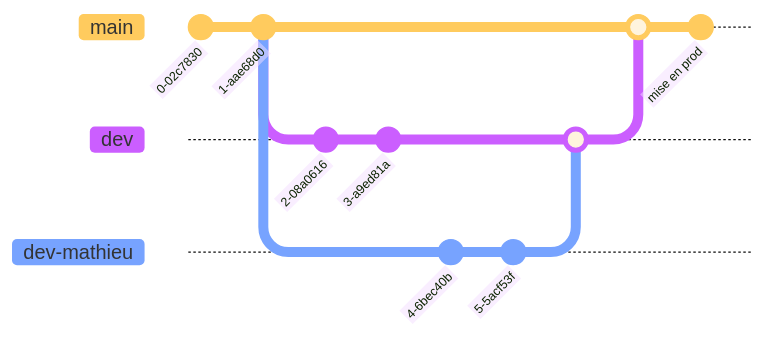
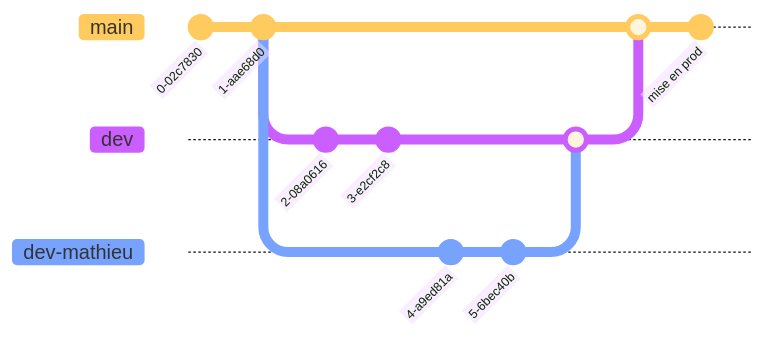
One commit to module-formation/formation-Deep-MLOps changed the second of 14 diagrams in docs/devops/git.md. Above: the diagram before and after it, drawn with Mermaid. The commit also changed other lines of this file and 2 other files, not shown here. Commit ids are hidden.

````diff
--- a/docs/devops/git.md
+++ b/docs/devops/git.md
@@ -257,19 +315,19 @@
 ```mermaid
 %%{init: { 'logLevel': 'debug', 'theme': 'base', 'gitGraph': {'showBranches': true, 'showCommitLabel':true,'mainBranchName': 'main'}} }%%
 gitGraph
   commit
   commit
   branch dev
   branch dev-mathieu
   checkout dev
   commit
-  commit
+  commit id:"3-e2cf2c8"
   checkout dev-mathieu
   commit
   commit
   checkout dev
   merge dev-mathieu
   checkout main
   merge dev
   commit id:"mise en prod"
 ```
````
